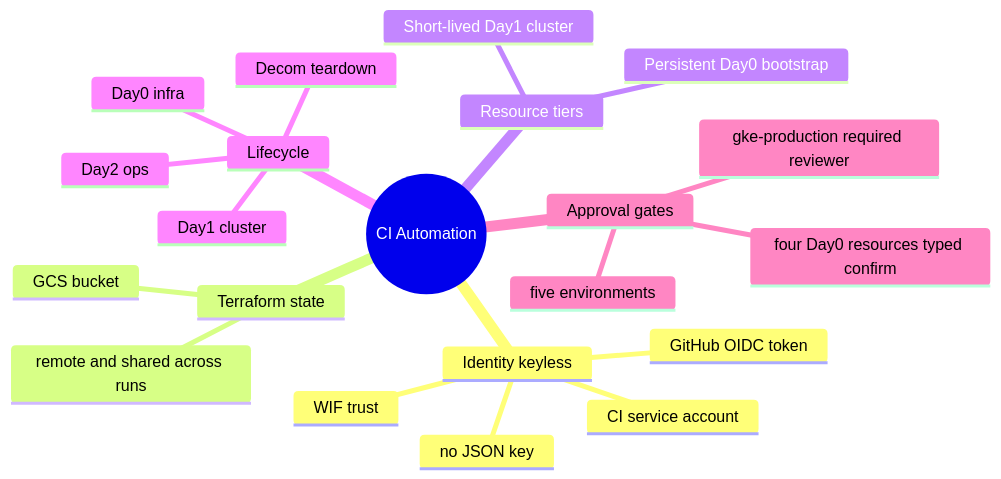
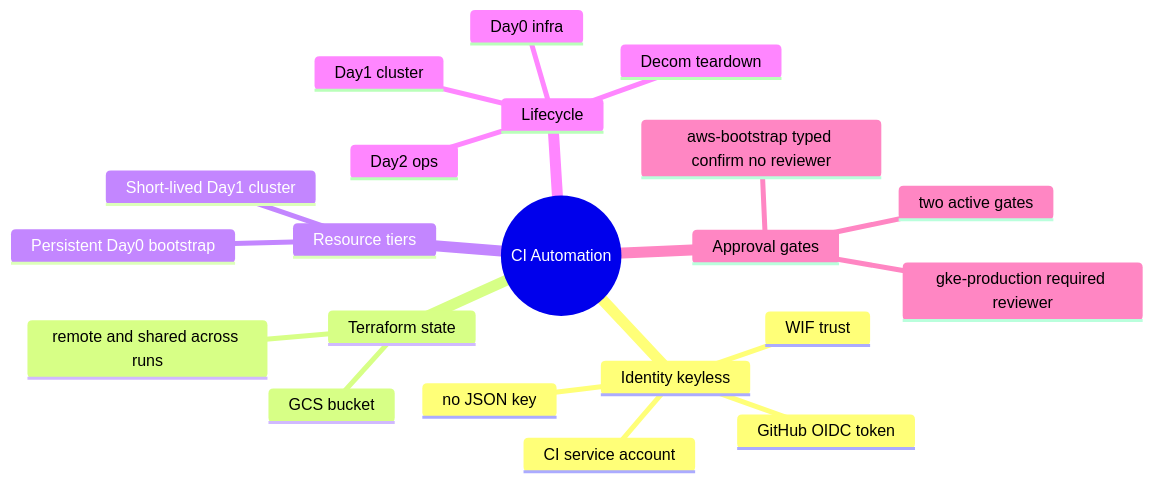
Before and after one commit to nubenetes/jenkins-2026: the first of 4 diagrams in docs/102-GITHUB_ACTIONS_AUTOMATION.md, drawn with Mermaid. The commit also changed other lines of this file and 3 other files, not shown here.

First line of the commit message:
docs(gha): align environment-protection diagrams + setup with the aws-bootstrap exception

````diff
--- a/docs/102-GITHUB_ACTIONS_AUTOMATION.md
+++ b/docs/102-GITHUB_ACTIONS_AUTOMATION.md
@@ -24,24 +24,24 @@
 ```mermaid
 mindmap
   root((CI Automation))
     Identity keyless
       WIF trust
       CI service account
       GitHub OIDC token
       no JSON key
     Terraform state
       GCS bucket
       remote and shared across runs
     Resource tiers
       Persistent Day0 bootstrap
       Short-lived Day1 cluster
     Lifecycle
       Day0 infra
       Day1 cluster
       Day2 ops
       Decom teardown
     Approval gates
-      five environments
+      two active gates
       gke-production required reviewer
-      four Day0 resources typed confirm
+      aws-bootstrap typed confirm no reviewer
 ```
````
